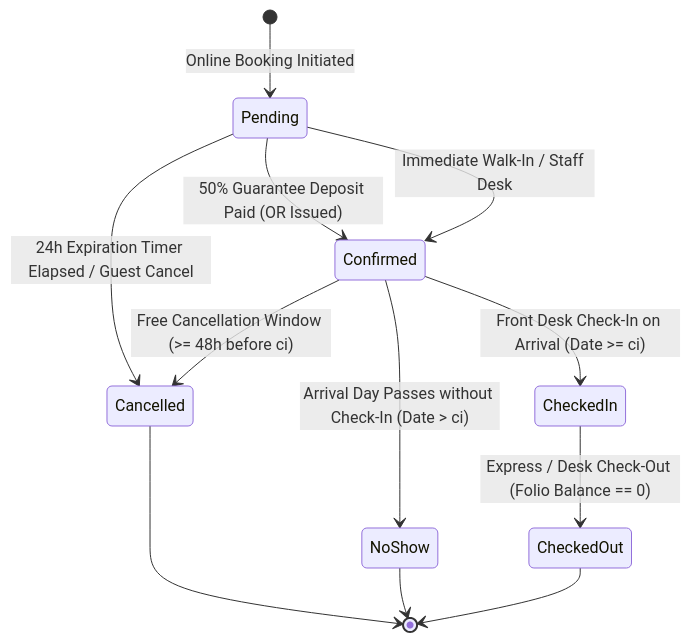
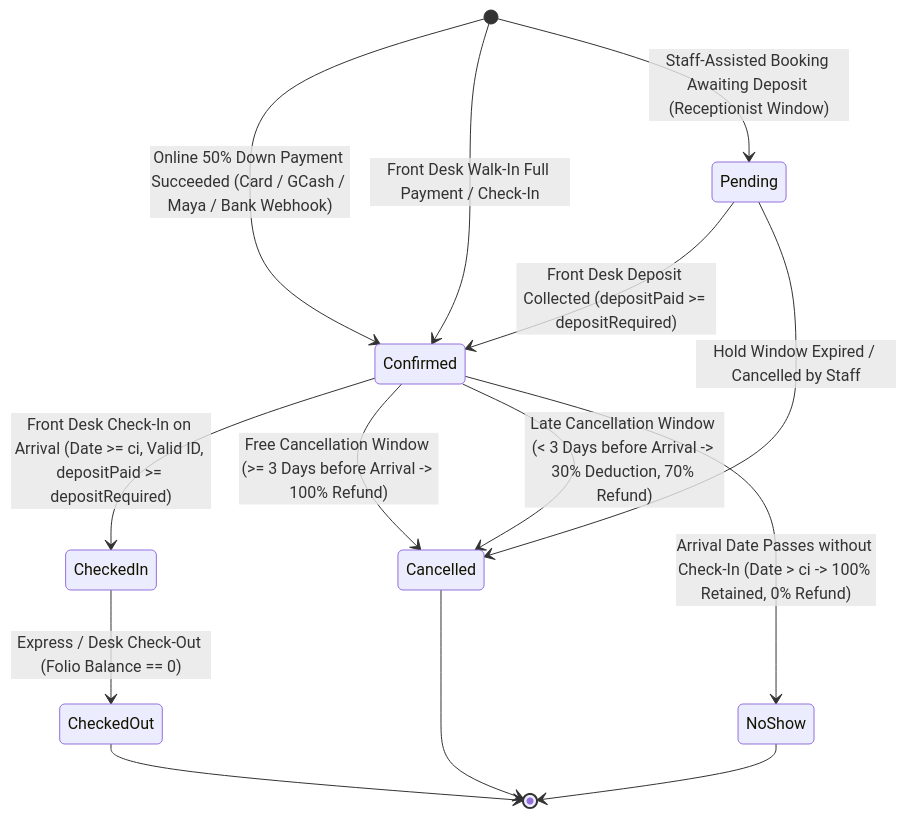
Before and after one commit to rech-axn/PUPSJ-HRMS: the first of 5 diagrams in docs/STATE_MACHINES.md, drawn with Mermaid. The commit also changed other lines of this file and 63 other files, not shown here.

````diff
--- a/docs/STATE_MACHINES.md
+++ b/docs/STATE_MACHINES.md
@@ -12,18 +14,20 @@
 ```mermaid
 stateDiagram-v2
-    [*] --> Pending : Online Booking Initiated
+    [*] --> Confirmed : Online 50% Down Payment Succeeded (Card / GCash / Maya / Bank Webhook)
+    [*] --> Confirmed : Front Desk Walk-In Full Payment / Check-In
+    [*] --> Pending : Staff-Assisted Booking Awaiting Deposit (Receptionist Window)
 
-    Pending --> Confirmed : 50% Guarantee Deposit Paid (OR Issued)
-    Pending --> Confirmed : Immediate Walk-In / Staff Desk
-    Pending --> Cancelled : 24h Expiration Timer Elapsed / Guest Cancel
+    Pending --> Confirmed : Front Desk Deposit Collected (depositPaid >= depositRequired)
+    Pending --> Cancelled : Hold Window Expired / Cancelled by Staff
 
-    Confirmed --> CheckedIn : Front Desk Check-In on Arrival (Date >= ci)
-    Confirmed --> Cancelled : Free Cancellation Window (>= 48h before ci)
-    Confirmed --> NoShow : Arrival Day Passes without Check-In (Date > ci)
+    Confirmed --> CheckedIn : Front Desk Check-In on Arrival (Date >= ci, Valid ID, depositPaid >= depositRequired)
+    Confirmed --> Cancelled : Free Cancellation Window (>= 3 Days before Arrival -> 100% Refund)
+    Confirmed --> Cancelled : Late Cancellation Window (< 3 Days before Arrival -> 30% Deduction, 70% Refund)
+    Confirmed --> NoShow : Arrival Date Passes without Check-In (Date > ci -> 100% Retained, 0% Refund)
 
     CheckedIn --> CheckedOut : Express / Desk Check-Out (Folio Balance == 0)
 
     Cancelled --> [*]
     NoShow --> [*]
     CheckedOut --> [*]
 ```
````
